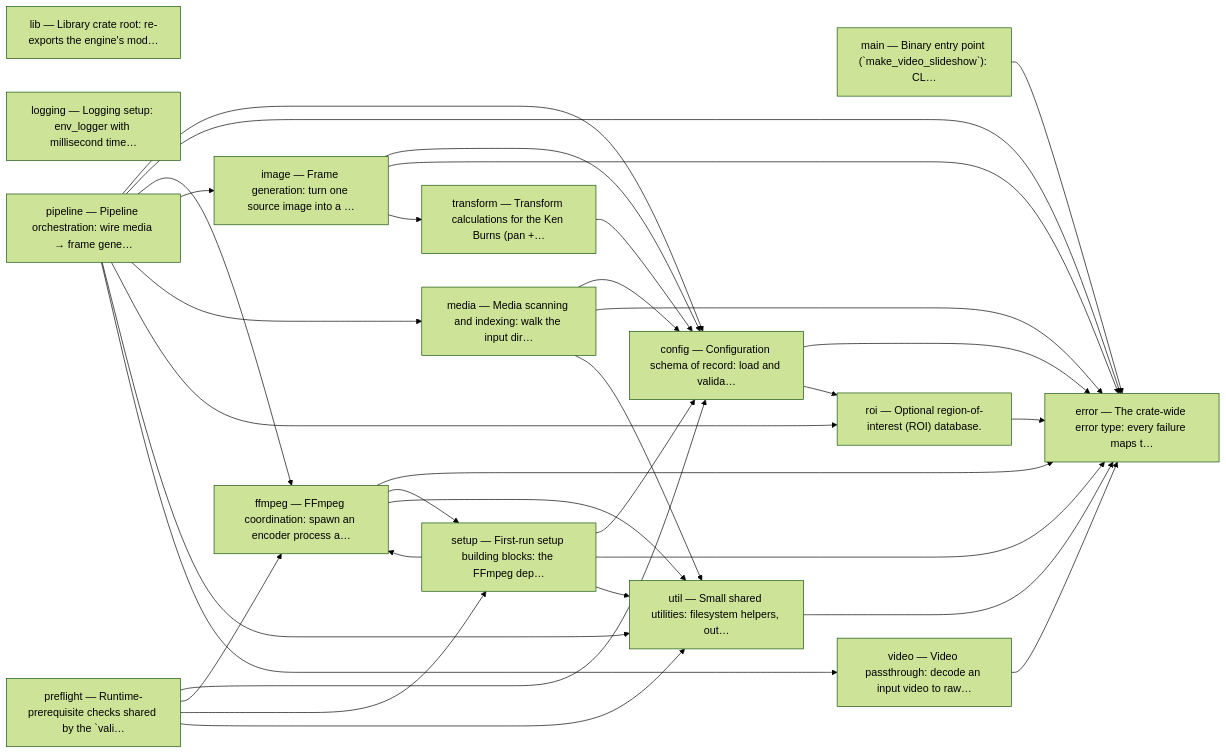
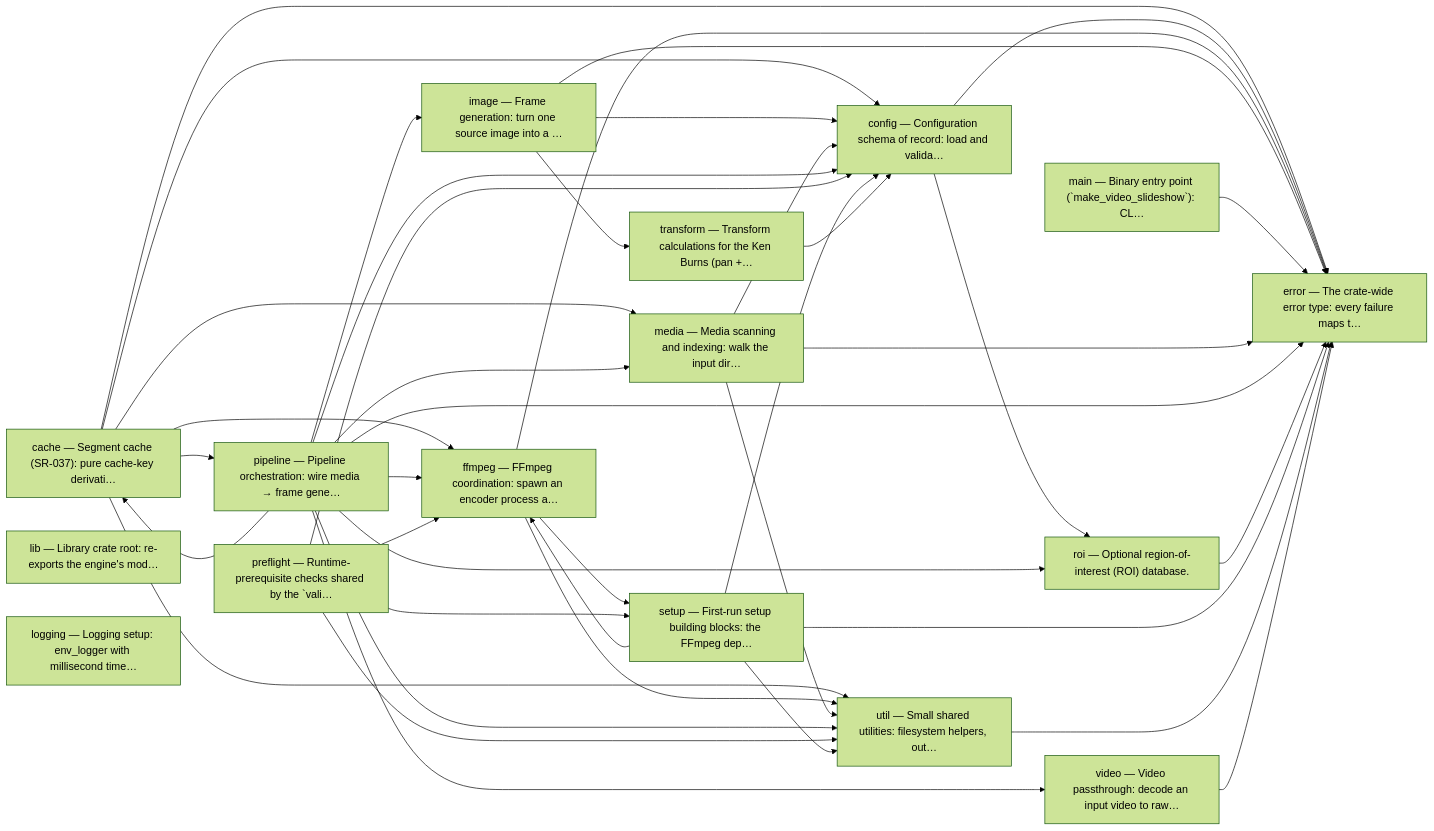
One commit to AuroLeap/Pictures2VideoSlideShow changed the sixth of 6 diagrams in docs/architecture.md. Above: the diagram before and after it, drawn with Mermaid (forest theme). The commit also changed other lines of this file and 23 other files, not shown here.

````diff
--- a/docs/architecture.md
+++ b/docs/architecture.md
@@ -169,50 +175,58 @@
 ```mermaid
 graph LR
+    m_cache["cache — Segment cache (SR-037): pure cache-key derivati…"]
     m_config["config — Configuration schema of record: load and valida…"]
     m_error["error — The crate-wide error type: every failure maps t…"]
     m_ffmpeg["ffmpeg — FFmpeg coordination: spawn an encoder process a…"]
     m_image["image — Frame generation: turn one source image into a …"]
     m_lib["lib — Library crate root: re-exports the engine's mod…"]
     m_logging["logging — Logging setup: env_logger with millisecond time…"]
     m_main["main — Binary entry point (`make_video_slideshow`): CL…"]
     m_media["media — Media scanning and indexing: walk the input dir…"]
     m_pipeline["pipeline — Pipeline orchestration: wire media → frame gene…"]
     m_preflight["preflight — Runtime-prerequisite checks shared by the `vali…"]
     m_roi["roi — Optional region-of-interest (ROI) database."]
     m_setup["setup — First-run setup building blocks: the FFmpeg dep…"]
     m_transform["transform — Transform calculations for the Ken Burns (pan +…"]
     m_util["util — Small shared utilities: filesystem helpers, out…"]
     m_video["video — Video passthrough: decode an input video to raw…"]
+    m_cache --> m_config
+    m_cache --> m_error
+    m_cache --> m_ffmpeg
+    m_cache --> m_media
+    m_cache --> m_pipeline
+    m_cache --> m_util
     m_config --> m_error
     m_config --> m_roi
     m_ffmpeg --> m_error
     m_ffmpeg --> m_setup
     m_ffmpeg --> m_util
     m_image --> m_config
     m_image --> m_error
     m_image --> m_transform
     m_main --> m_error
     m_media --> m_config
     m_media --> m_error
     m_media --> m_util
+    m_pipeline --> m_cache
     m_pipeline --> m_config
     m_pipeline --> m_error
     m_pipeline --> m_ffmpeg
     m_pipeline --> m_image
     m_pipeline --> m_media
     m_pipeline --> m_roi
     m_pipeline --> m_util
     m_pipeline --> m_video
     m_preflight --> m_config
     m_preflight --> m_ffmpeg
     m_preflight --> m_setup
     m_preflight --> m_util
     m_roi --> m_error
     m_setup --> m_config
     m_setup --> m_error
     m_setup --> m_ffmpeg
     m_setup --> m_util
     m_transform --> m_config
     m_util --> m_error
     m_video --> m_error
 ```
````
